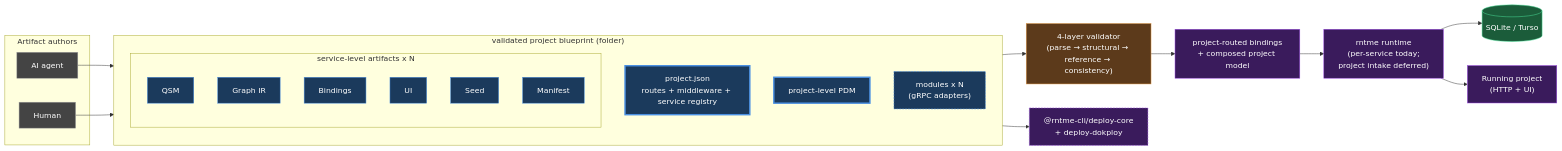
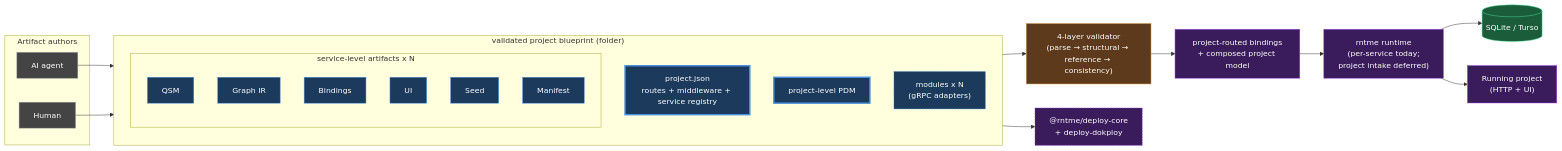
The first of 2 diagrams in README.md (vladprrs/rntme), drawn with Mermaid before and after one commit. The commit also changed other lines of this file and 110 other files, not shown here.

````diff
--- a/README.md
+++ b/README.md
@@ -42,44 +42,44 @@
 ```mermaid
 flowchart LR
     subgraph authors["Artifact authors"]
         AI["AI agent"]:::external
         HUM["Human"]:::external
     end
     subgraph blueprint["validated project blueprint (folder)"]
         direction TB
         PJSON["project.json<br/>routes + middleware + service registry"]:::project
         PPDM["project-level PDM"]:::project
         subgraph services["service-level artifacts x N"]
             direction TB
             QSM["QSM"]:::artifact
             IR["Graph IR"]:::artifact
             B["Bindings"]:::artifact
             UI["UI"]:::artifact
             S["Seed"]:::artifact
             M["Manifest"]:::artifact
         end
         MOD["modules x N<br/>(gRPC adapters)"]:::module
     end
     V["4-layer validator<br/>(parse → structural → reference → consistency)"]:::validator
     REG["project-routed bindings<br/>+ composed project model"]:::runtime
     R["rntme runtime<br/>(per-service today;<br/>project intake deferred)"]:::runtime
-    DEPLOY["@rntme-cli/deploy-core<br/>+ deploy-dokploy"]:::deploy
+    DEPLOY["@rntme/deploy-core<br/>+ deploy-dokploy"]:::deploy
     DB[("SQLite / Turso")]:::storage
     SVC["Running project<br/>(HTTP + UI)"]:::runtime
 
     AI --> blueprint
     HUM --> blueprint
     blueprint --> V --> REG --> R
     R --> DB
     R --> SVC
     blueprint --> DEPLOY
 
     classDef artifact fill:#1b3a5c,stroke:#4a90e2,color:#fff;
     classDef project fill:#1b3a5c,stroke:#4a90e2,color:#fff,stroke-width:3px;
     classDef module fill:#1b3a5c,stroke:#4a90e2,color:#fff,stroke-dasharray: 4 2;
     classDef validator fill:#5c3a1b,stroke:#e29a4a,color:#fff;
     classDef storage fill:#1b5c3a,stroke:#4ae29a,color:#fff;
     classDef runtime fill:#3a1b5c,stroke:#9a4ae2,color:#fff;
     classDef deploy fill:#3a1b5c,stroke:#9a4ae2,color:#fff,stroke-dasharray: 4 2;
     classDef external fill:#444,stroke:#999,color:#fff;
 ```
````
